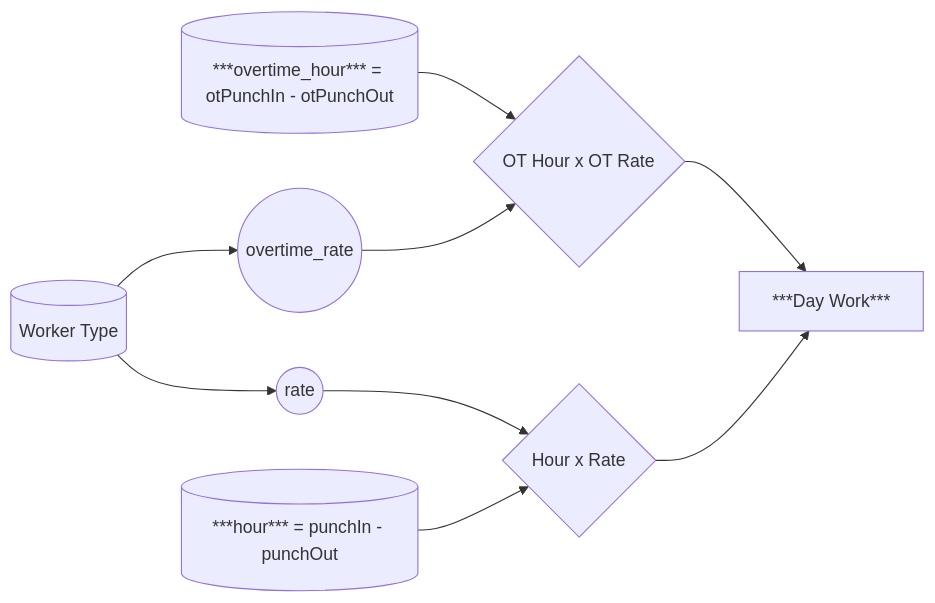
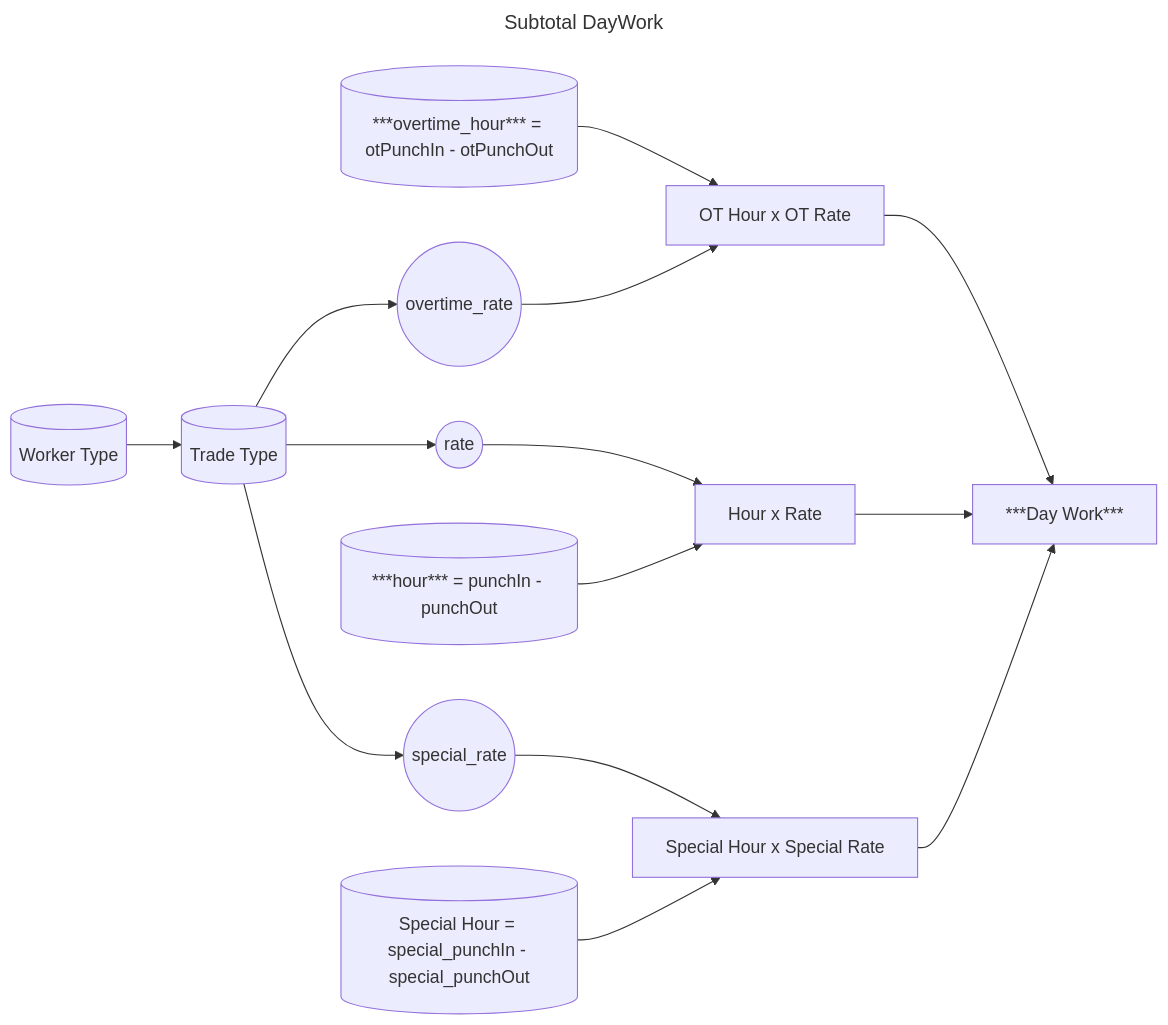
The diagram in attend/Day Work.md (bullhugger/obn_note), drawn with Mermaid before and after one commit. The commit also changed other lines of this file and 8 other files, not shown here.

````diff
--- a/attend/Day Work.md
+++ b/attend/Day Work.md
@@ -3,25 +3,34 @@
 ```mermaid
 ---
-title:
+title: Subtotal DayWork
 ---
 flowchart LR
 
 	hour[("***hour*** = punchIn - punchOut")]
 	worker_type[("Worker Type")]
+	trade_type[("Trade Type")]
 	worker_rate(("rate"))
+	worker_special(("special_rate"))
 	over_time[("***overtime_hour*** = otPunchIn - otPunchOut")]
 	worker_overtime(("overtime_rate"))
-	day_work{"Hour x Rate"}
-	day_work_overtime{"OT Hour x OT Rate"}
+	day_work["Hour x Rate"]
+	day_work_overtime["OT Hour x OT Rate"]
+	day_work_special["Special Hour x Special Rate"]
+	special_hour[("Special Hour = special_punchIn - special_punchOut")]
 	total_day_work["***Day Work***"]
 	worker_rate --> day_work
-	worker_type --> worker_rate
-	worker_type --> worker_overtime
+	worker_type --> trade_type
+	trade_type --> worker_rate
+	trade_type --> worker_special
+	trade_type --> worker_overtime
+	worker_special --> day_work_special
+	special_hour --> day_work_special
 	day_work_overtime --> total_day_work
 	day_work --> total_day_work	
 	over_time --> day_work_overtime
 	worker_overtime --> day_work_overtime
 	hour --> day_work
+	day_work_special --> total_day_work
 
 
 ```
````
